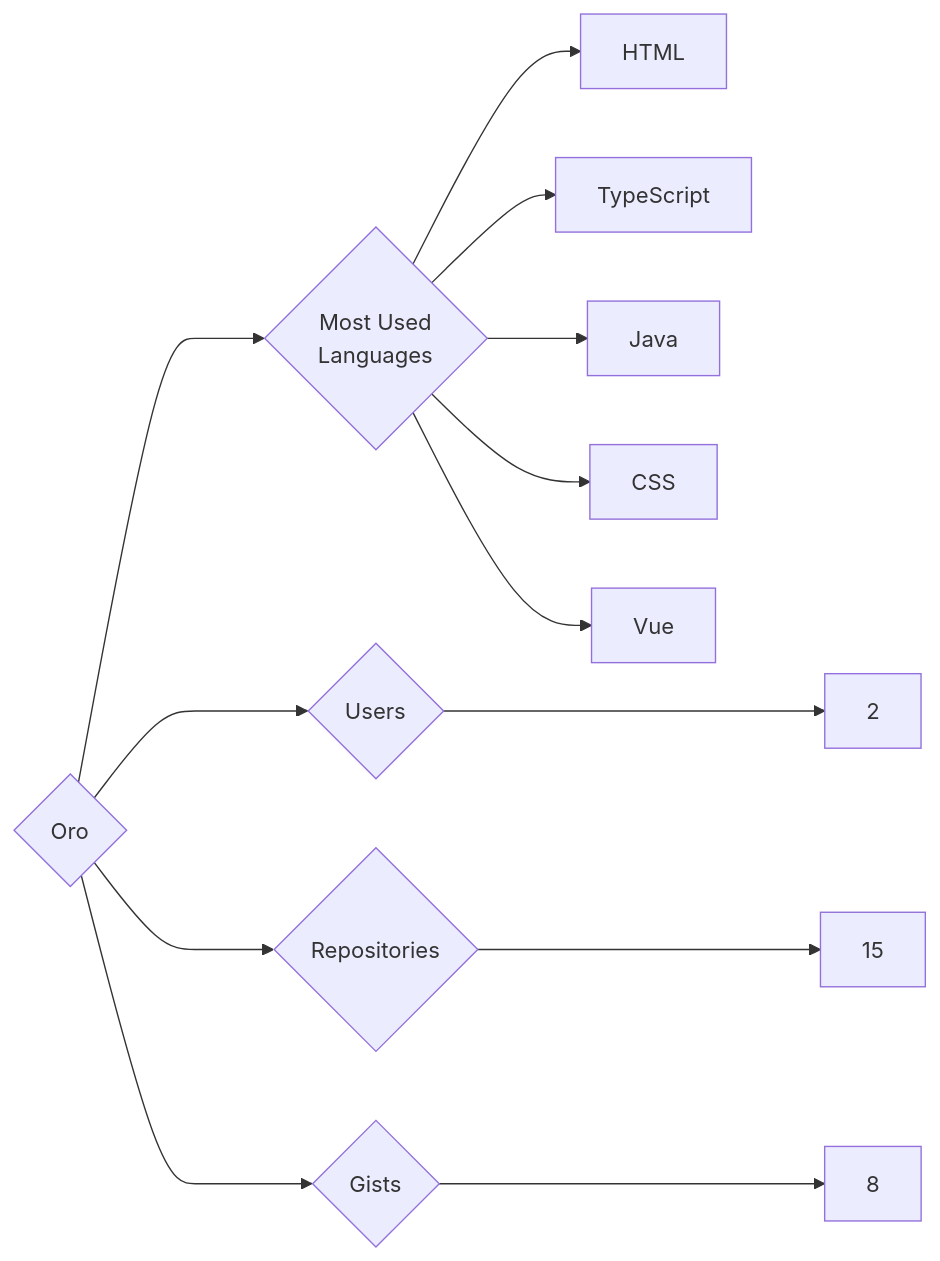
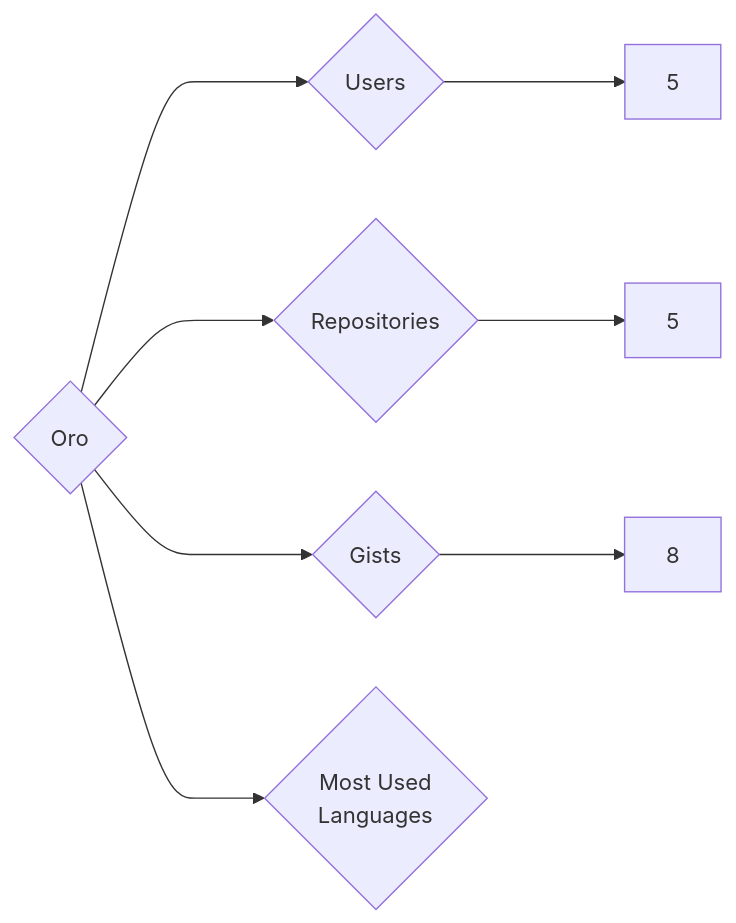
The diagram in targets/Oro/README.md (trickest/insiders), drawn with Mermaid before and after one commit. The commit also changed 715 other files, not shown here.

````diff
--- a/targets/Oro/README.md
+++ b/targets/Oro/README.md
@@ -3,13 +3,8 @@
 ```mermaid
 graph LR
 COMPANY_NAME{Oro}
-COMPANY_NAME ---> U{Users} ---> UN[2]
-COMPANY_NAME ---> R{Repositories} ---> RN[15]
+COMPANY_NAME ---> U{Users} ---> UN[5]
+COMPANY_NAME ---> R{Repositories} ---> RN[5]
 COMPANY_NAME ---> G{Gists} ---> GN[8]
 COMPANY_NAME ---> ML{Most Used<br>Languages}
-ML --> HTML[HTML]
-ML --> TypeScript[TypeScript]
-ML --> Java[Java]
-ML --> CSS[CSS]
-ML --> Vue[Vue]
 ```
````
